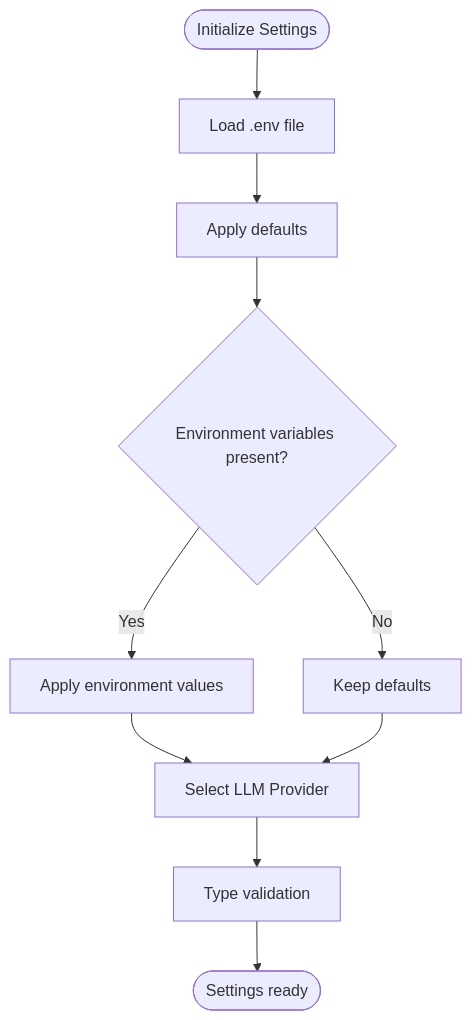
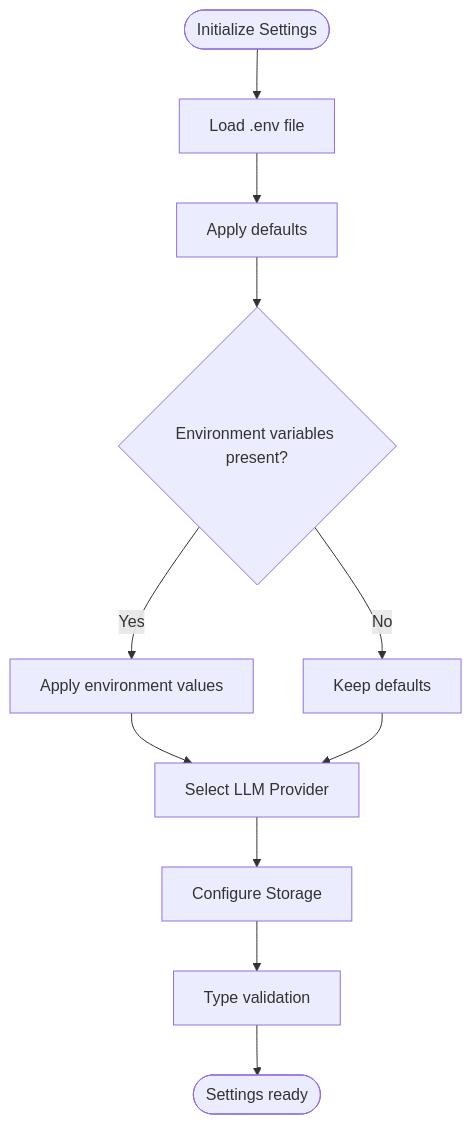
The fifth of 7 diagrams in .qoder/repowiki/en/content/Configuration Management.md (ognelis/cafetera_hr_bot), drawn with Mermaid before and after one commit. The commit also changed other lines of this file and 9 other files, not shown here.

````diff
--- a/.qoder/repowiki/en/content/Configuration Management.md
+++ b/.qoder/repowiki/en/content/Configuration Management.md
@@ -198,12 +213,13 @@
 ```mermaid
 flowchart TD
 Start(["Initialize Settings"]) --> LoadEnv["Load .env file"]
 LoadEnv --> Defaults["Apply defaults"]
 Defaults --> EnvOverride{"Environment variables present?"}
 EnvOverride --> |Yes| ApplyEnv["Apply environment values"]
 EnvOverride --> |No| KeepDefaults["Keep defaults"]
 ApplyEnv --> ProviderSelect["Select LLM Provider"]
-ProviderSelect --> Validate["Type validation"]
+ProviderSelect --> StorageConfig["Configure Storage"]
+StorageConfig --> Validate["Type validation"]
 KeepDefaults --> ProviderSelect
 Validate --> Done(["Settings ready"])
 ```
````
